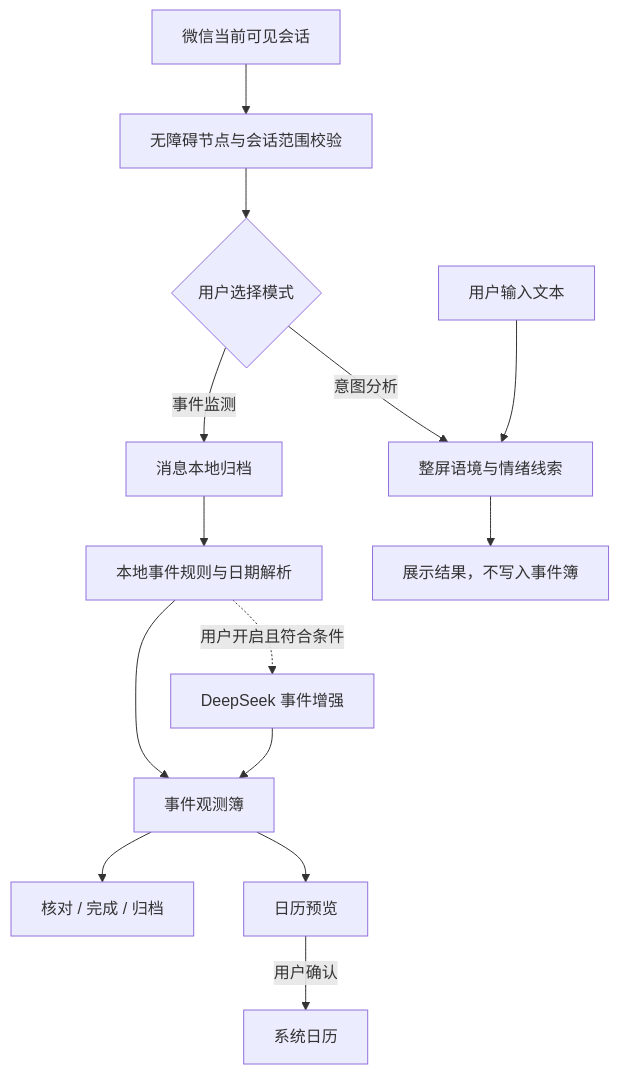
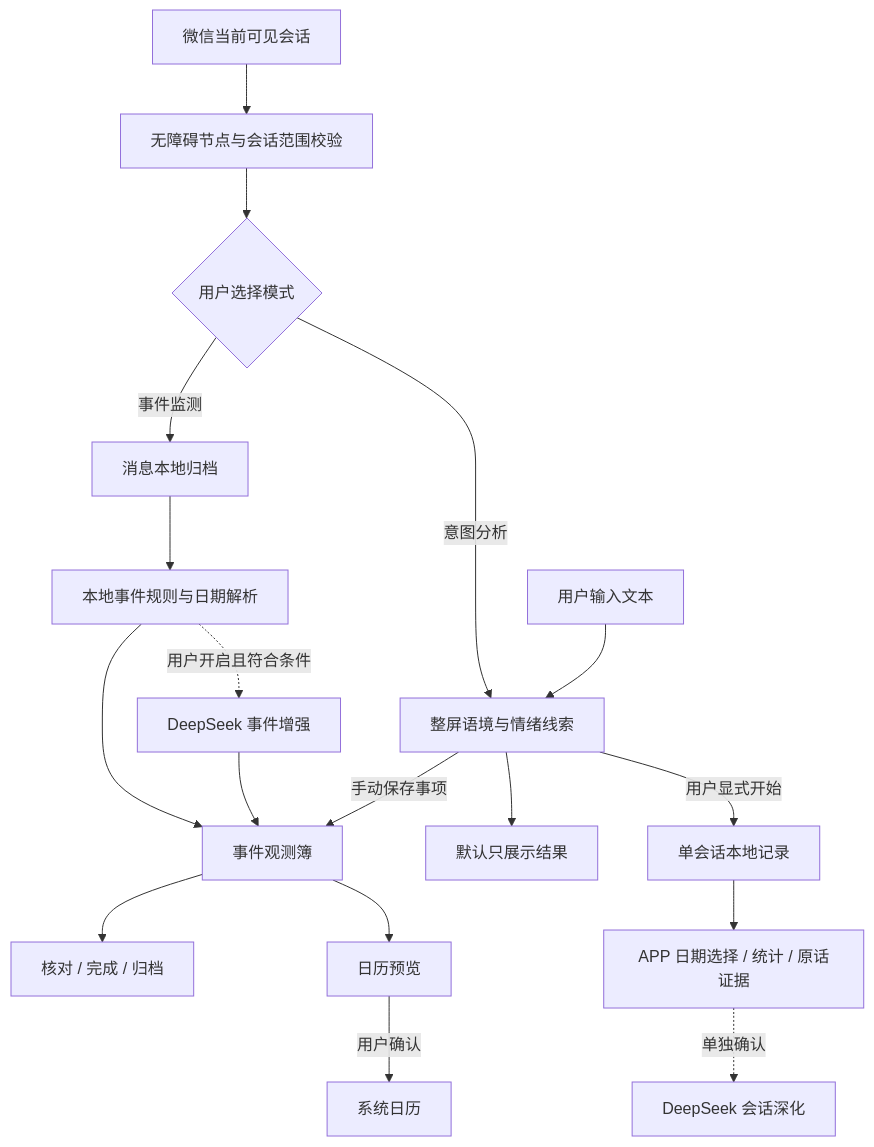
The diagram in android/README.md (sssssjw11/touxian), drawn with Mermaid before and after one commit. The commit also changed other lines of this file and 58 other files, not shown here.

````diff
--- a/android/README.md
+++ b/android/README.md
@@ -253,16 +286,20 @@
 ```mermaid
 flowchart TD
     W[微信当前可见会话] --> C[无障碍节点与会话范围校验]
     C --> M{用户选择模式}
     M -->|事件监测| A[消息本地归档]
     A --> R[本地事件规则与日期解析]
     R --> E[事件观测簿]
     R -. 用户开启且符合条件 .-> D[DeepSeek 事件增强]
     D --> E
     E --> O[核对 / 完成 / 归档]
     E --> P[日历预览]
     P -->|用户确认| K[系统日历]
     M -->|意图分析| I[整屏语境与情绪线索]
     T[用户输入文本] --> I
-    I --> F[展示结果，不写入事件簿]
+    I --> F[默认只展示结果]
+    I -->|用户显式开始| L[单会话本地记录]
+    I -->|手动保存事项| E
+    L --> B[APP 日期选择 / 统计 / 原话证据]
+    B -. 单独确认 .-> G[DeepSeek 会话深化]
 ```
````
